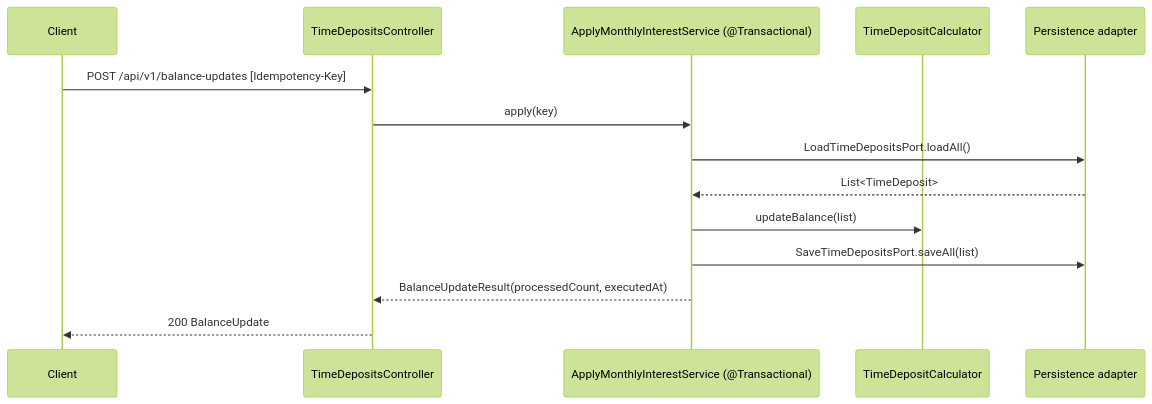
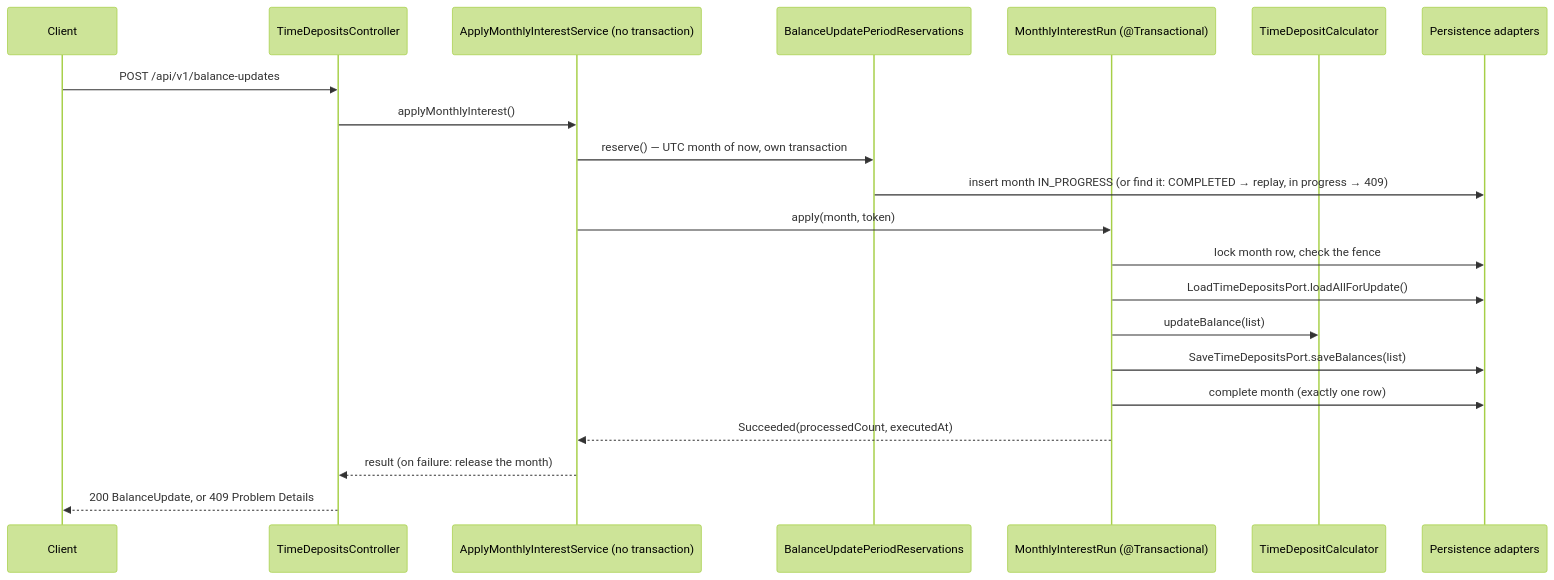
Before and after one commit to bh3x/time-deposit-kata: the fifth of 5 diagrams in docs/architecture/overview.md, drawn with Mermaid (forest theme). The commit also changed other lines of this file and 1 other file, not shown here.

Commit message:
docs: describe the monthly balance update
The README triggers the balance update without a key and explains the
month rule, and the architecture overview shows the period table and
the current flow (orchestrator, month reservation, fenced run).

````diff
--- a/docs/architecture/overview.md
+++ b/docs/architecture/overview.md
@@ -96,16 +96,23 @@
 ```mermaid
 sequenceDiagram
   participant C as Client
   participant R as TimeDepositsController
-  participant S as ApplyMonthlyInterestService (@Transactional)
+  participant S as ApplyMonthlyInterestService (no transaction)
+  participant V as BalanceUpdatePeriodReservations
+  participant M as MonthlyInterestRun (@Transactional)
   participant K as TimeDepositCalculator
-  participant P as Persistence adapter
-  C->>R: POST /api/v1/balance-updates [Idempotency-Key]
-  R->>S: apply(key)
-  S->>P: LoadTimeDepositsPort.loadAll()
-  P-->>S: List<TimeDeposit>
-  S->>K: updateBalance(list)
-  S->>P: SaveTimeDepositsPort.saveAll(list)
-  S-->>R: BalanceUpdateResult(processedCount, executedAt)
-  R-->>C: 200 BalanceUpdate
+  participant P as Persistence adapters
+  C->>R: POST /api/v1/balance-updates
+  R->>S: applyMonthlyInterest()
+  S->>V: reserve() — UTC month of now, own transaction
+  V->>P: insert month IN_PROGRESS (or find it: COMPLETED → replay, in progress → 409)
+  S->>M: apply(month, token)
+  M->>P: lock month row, check the fence
+  M->>P: LoadTimeDepositsPort.loadAllForUpdate()
+  M->>K: updateBalance(list)
+  M->>P: SaveTimeDepositsPort.saveBalances(list)
+  M->>P: complete month (exactly one row)
+  M-->>S: Succeeded(processedCount, executedAt)
+  S-->>R: result (on failure: release the month)
+  R-->>C: 200 BalanceUpdate, or 409 Problem Details
 ```
````
